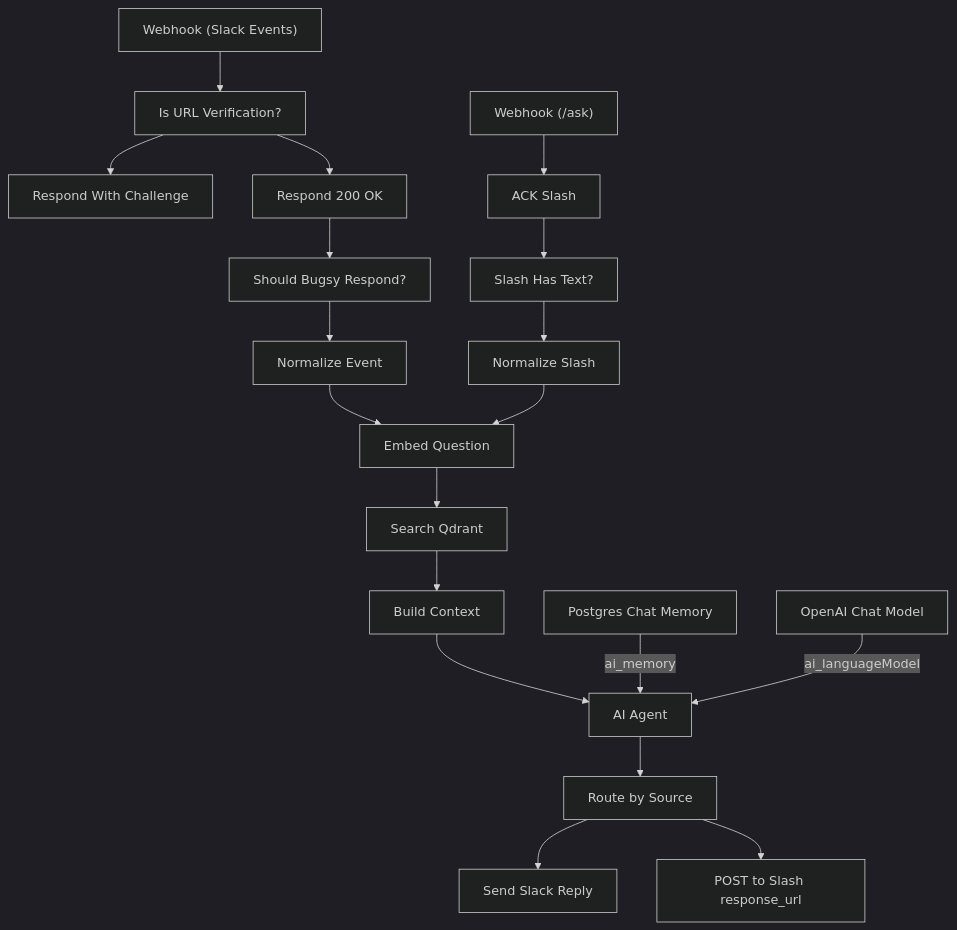
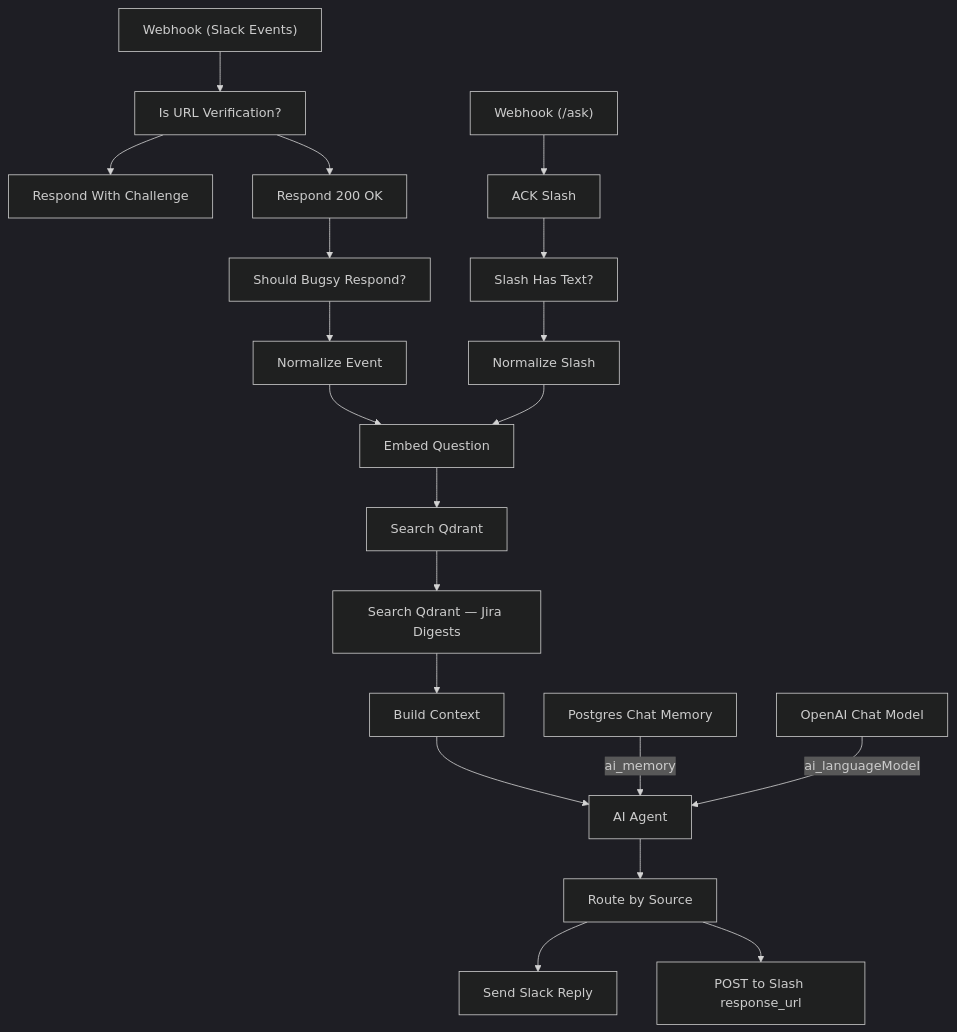
One commit to anthonycoffey/_agent changed the second of 2 diagrams in docs/workflows/bugsy-unified.md. Above: the diagram before and after it, drawn with Mermaid (dark theme). The commit also changed other lines of this file and 10 other files, not shown here.

````diff
--- a/docs/workflows/bugsy-unified.md
+++ b/docs/workflows/bugsy-unified.md
@@ -112,40 +112,42 @@
 ```mermaid
 flowchart TD
   webhook_slack_events["Webhook (Slack Events)"]
   is_url_verification["Is URL Verification?"]
   respond_with_challenge["Respond With Challenge"]
   respond_200_ok["Respond 200 OK"]
   should_bugsy_respond["Should Bugsy Respond?"]
   normalize_event["Normalize Event"]
   webhook_ask["Webhook (/ask)"]
   ack_slash["ACK Slash"]
   slash_has_text["Slash Has Text?"]
   normalize_slash["Normalize Slash"]
   embed_question["Embed Question"]
   search_qdrant["Search Qdrant"]
+  search_qdrant_jira_digests["Search Qdrant — Jira Digests"]
   build_context["Build Context"]
   ai_agent["AI Agent"]
   postgres_chat_memory["Postgres Chat Memory"]
   openai_chat_model["OpenAI Chat Model"]
   route_by_source["Route by Source"]
   send_slack_reply["Send Slack Reply"]
   post_to_slash_response_url["POST to Slash response_url"]
   webhook_slack_events --> is_url_verification
   is_url_verification --> respond_with_challenge
   is_url_verification --> respond_200_ok
   respond_200_ok --> should_bugsy_respond
   should_bugsy_respond --> normalize_event
   normalize_event --> embed_question
   webhook_ask --> ack_slash
   ack_slash --> slash_has_text
   slash_has_text --> normalize_slash
   normalize_slash --> embed_question
   embed_question --> search_qdrant
-  search_qdrant --> build_context
+  search_qdrant --> search_qdrant_jira_digests
+  search_qdrant_jira_digests --> build_context
   build_context --> ai_agent
   postgres_chat_memory -->|ai_memory| ai_agent
   openai_chat_model -->|ai_languageModel| ai_agent
   ai_agent --> route_by_source
   route_by_source --> send_slack_reply
   route_by_source --> post_to_slash_response_url
 ```
````
